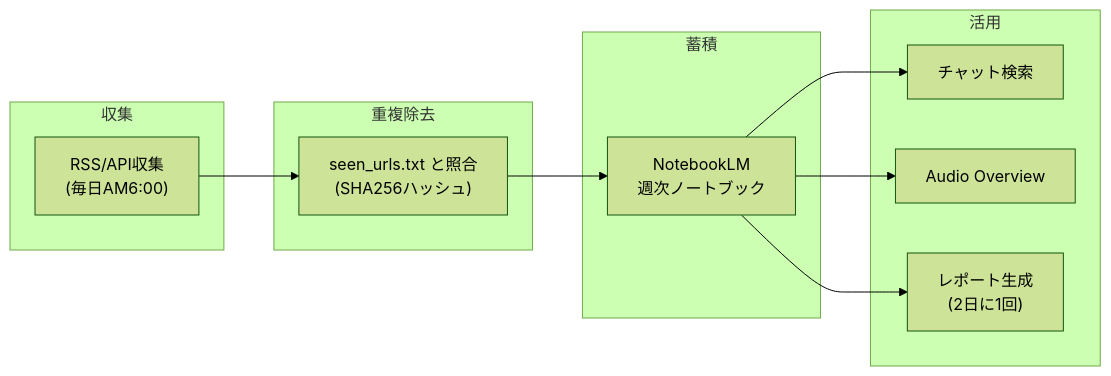
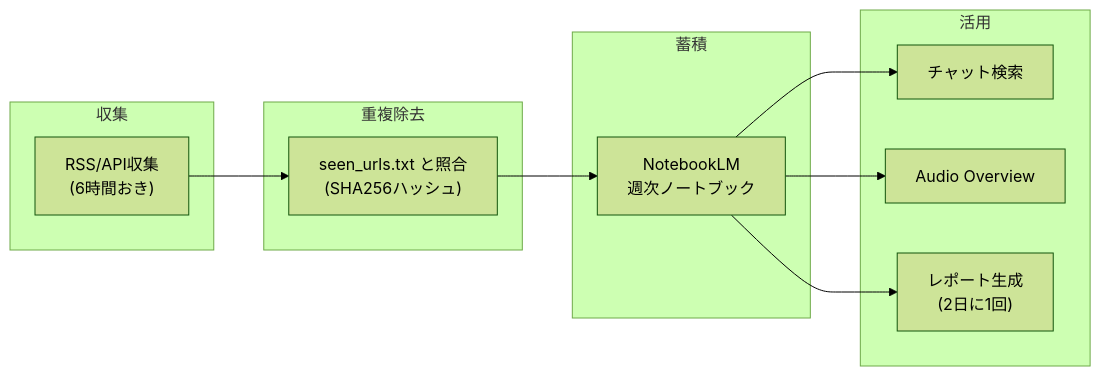
Before and after one commit to manato1201/Research-Collector: the first of 3 diagrams in HANDSON.md, drawn with Mermaid (forest theme). The commit also changed 3 other files, not shown here.

````diff
--- a/HANDSON.md
+++ b/HANDSON.md
@@ -157,21 +157,21 @@
 ```mermaid
 flowchart LR
     subgraph 収集
-        A["RSS/API収集<br/>(毎日AM6:00)"]
+        A["RSS/API収集<br/>(6時間おき)"]
     end
     subgraph 重複除去
         B["seen_urls.txt と照合<br/>(SHA256ハッシュ)"]
     end
     subgraph 蓄積
         C["NotebookLM<br/>週次ノートブック"]
     end
     subgraph 活用
         D["チャット検索"]
         E["Audio Overview"]
         F["レポート生成<br/>(2日に1回)"]
     end
 
     A --> B --> C --> D
     C --> E
     C --> F
 ```
````
